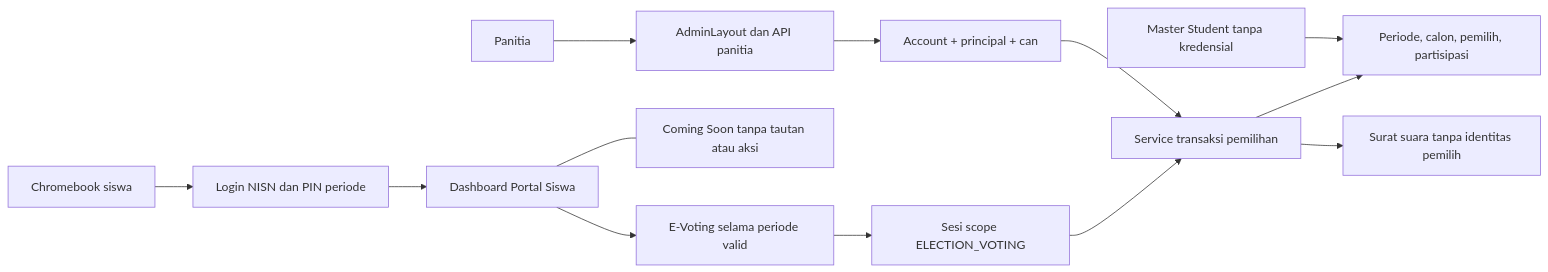
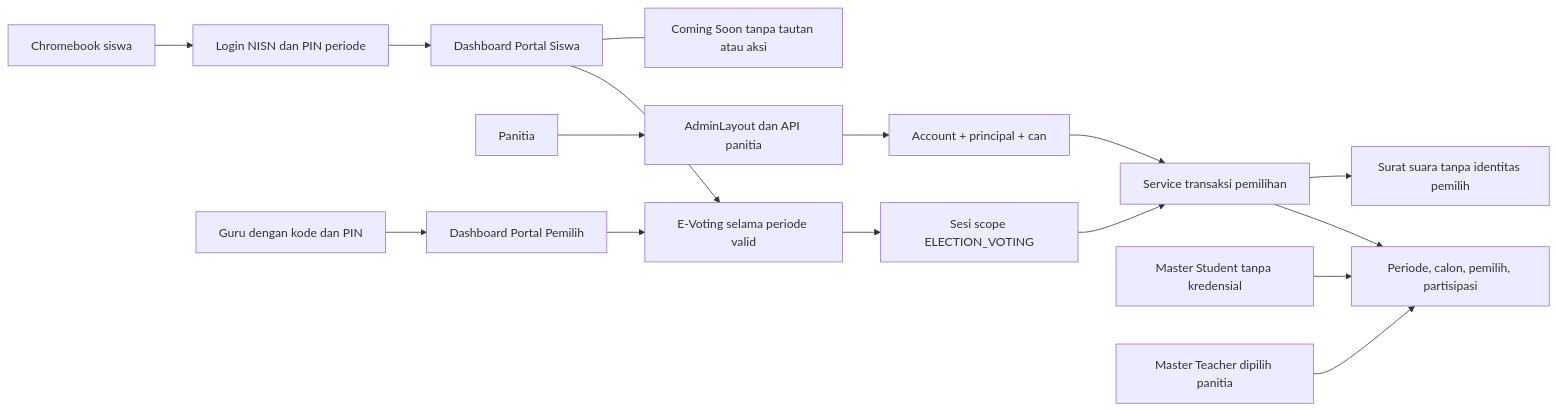
One commit to kholid74/smknu-darhik changed the diagram in docs/e-voting/02-desain.md. Above: the diagram before and after it, drawn with Mermaid. The commit also changed other lines of this file and 70 other files, not shown here.

````diff
--- a/docs/e-voting/02-desain.md
+++ b/docs/e-voting/02-desain.md
@@ -7,15 +9,18 @@
 ```mermaid
 flowchart LR
   S[Chromebook siswa] --> L[Login NISN dan PIN periode]
   L --> D[Dashboard Portal Siswa]
   D --> V[E-Voting selama periode valid]
   D --- C[Coming Soon tanpa tautan atau aksi]
   P[Panitia] --> A[AdminLayout dan API panitia]
   A --> R[Account + principal + can]
   V --> SS[Sesi scope ELECTION_VOTING]
   SS --> T[Service transaksi pemilihan]
   R --> T
   T --> E[Periode, calon, pemilih, partisipasi]
   T --> B[Surat suara tanpa identitas pemilih]
   M[Master Student tanpa kredensial] --> E
+  G[Guru dengan kode dan PIN] --> DG[Dashboard Portal Pemilih]
+  DG --> V
+  MT[Master Teacher dipilih panitia] --> E
 ```
````
